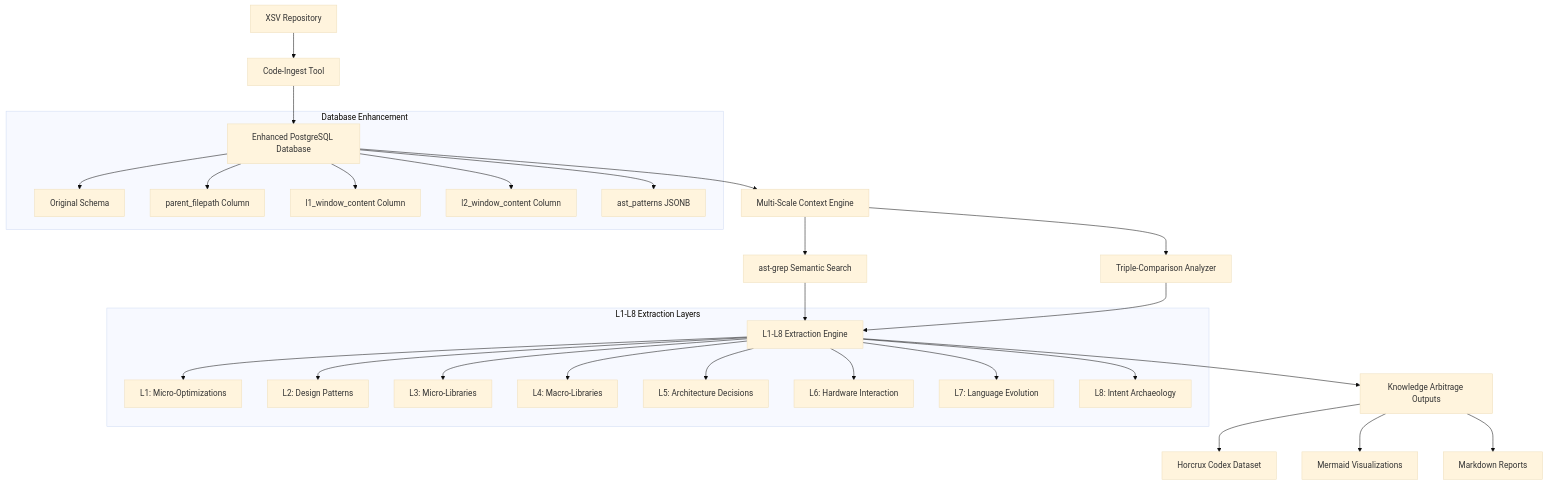
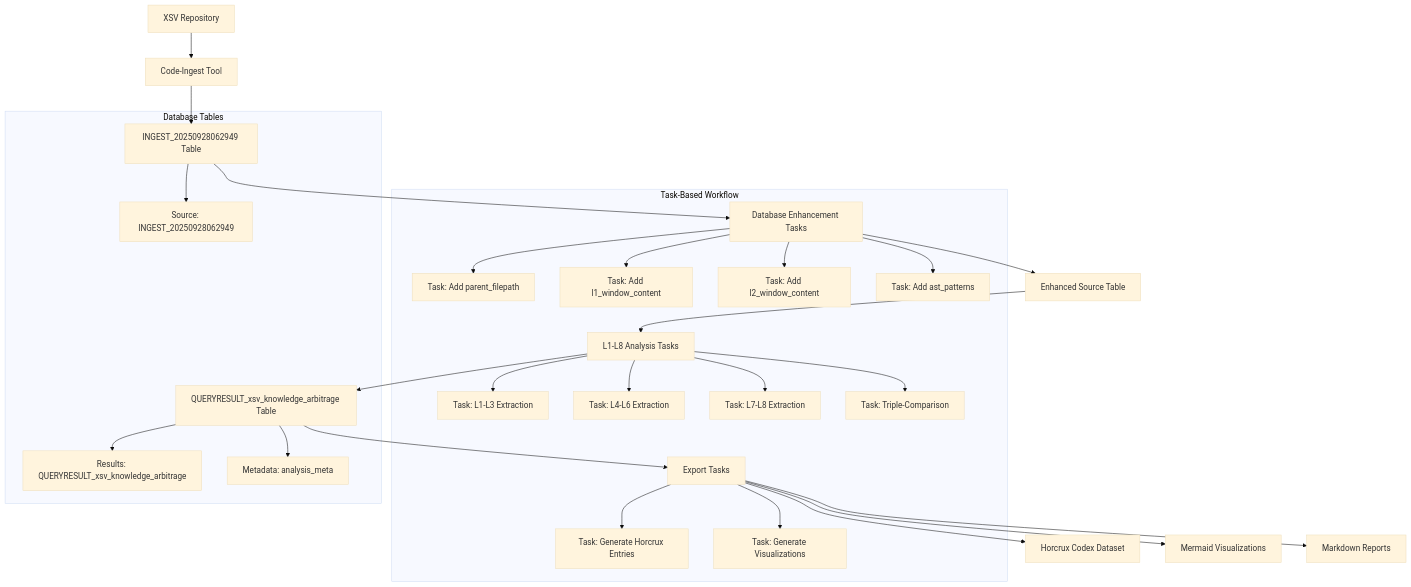
The first of 2 diagrams in .kiro/specs/S04-codebase-analysis-burnt-sushi-xsv/design.md (that-in-rust/pensieve-local-llm-server), drawn with Mermaid (base theme) before and after one commit.

Commit message:
update at 20250928124829

````diff
--- a/.kiro/specs/S04-codebase-analysis-burnt-sushi-xsv/design.md
+++ b/.kiro/specs/S04-codebase-analysis-burnt-sushi-xsv/design.md
@@ -13,33 +13,32 @@
 ```mermaid
 graph TD
     A[XSV Repository] --> B[Code-Ingest Tool]
-    B --> C[Enhanced PostgreSQL Database]
-    C --> D[Multi-Scale Context Engine]
-    D --> E[ast-grep Semantic Search]
-    D --> F[Triple-Comparison Analyzer]
-    E --> G[L1-L8 Extraction Engine]
-    F --> G
-    G --> H[Knowledge Arbitrage Outputs]
+    B --> C[INGEST_20250928062949 Table]
+    C --> D[Database Enhancement Tasks]
+    D --> E[Enhanced Source Table]
+    E --> F[L1-L8 Analysis Tasks]
+    F --> G[QUERYRESULT_xsv_knowledge_arbitrage Table]
+    G --> H[Export Tasks]
     H --> I[Horcrux Codex Dataset]
     H --> J[Mermaid Visualizations]
     H --> K[Markdown Reports]
     
-    subgraph "Database Enhancement"
-        C --> C1[Original Schema]
-        C --> C2[parent_filepath Column]
-        C --> C3[l1_window_content Column]
-        C --> C4[l2_window_content Column]
-        C --> C5[ast_patterns JSONB]
+    subgraph "Task-Based Workflow"
+        D --> D1[Task: Add parent_filepath]
+        D --> D2[Task: Add l1_window_content]
+        D --> D3[Task: Add l2_window_content]
+        D --> D4[Task: Add ast_patterns]
+        F --> F1[Task: L1-L3 Extraction]
+        F --> F2[Task: L4-L6 Extraction]
+        F --> F3[Task: L7-L8 Extraction]
+        F --> F4[Task: Triple-Comparison]
+        H --> H1[Task: Generate Horcrux Entries]
+        H --> H2[Task: Generate Visualizations]
     end
     
-    subgraph "L1-L8 Extraction Layers"
-        G --> L1[L1: Micro-Optimizations]
-        G --> L2[L2: Design Patterns]
-        G --> L3[L3: Micro-Libraries]
-        G --> L4[L4: Macro-Libraries]
-        G --> L5[L5: Architecture Decisions]
-        G --> L6[L6: Hardware Interaction]
-        G --> L7[L7: Language Evolution]
-        G --> L8[L8: Intent Archaeology]
+    subgraph "Database Tables"
+        C --> C1[Source: INGEST_20250928062949]
+        G --> G1[Results: QUERYRESULT_xsv_knowledge_arbitrage]
+        G --> G2[Metadata: analysis_meta]
     end
 ```
````
